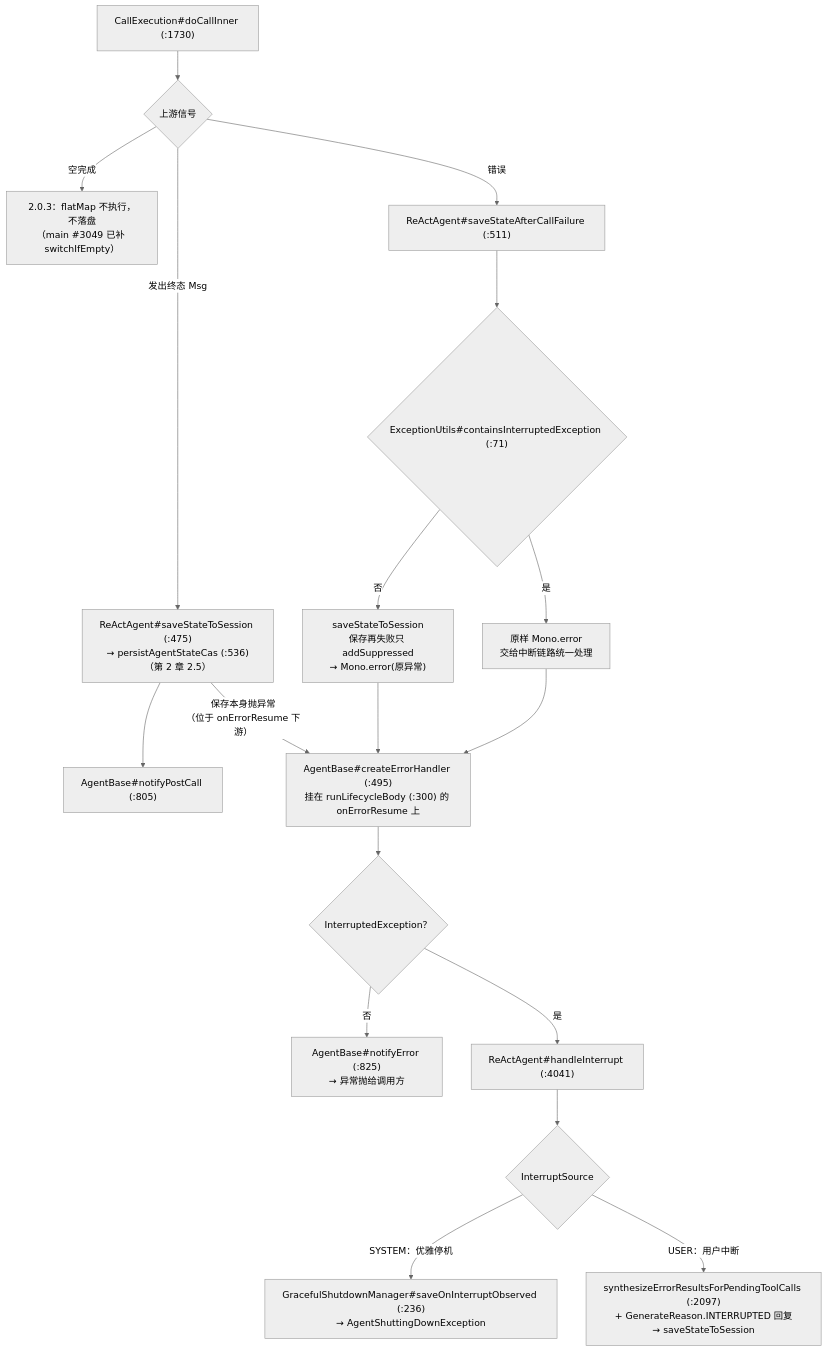
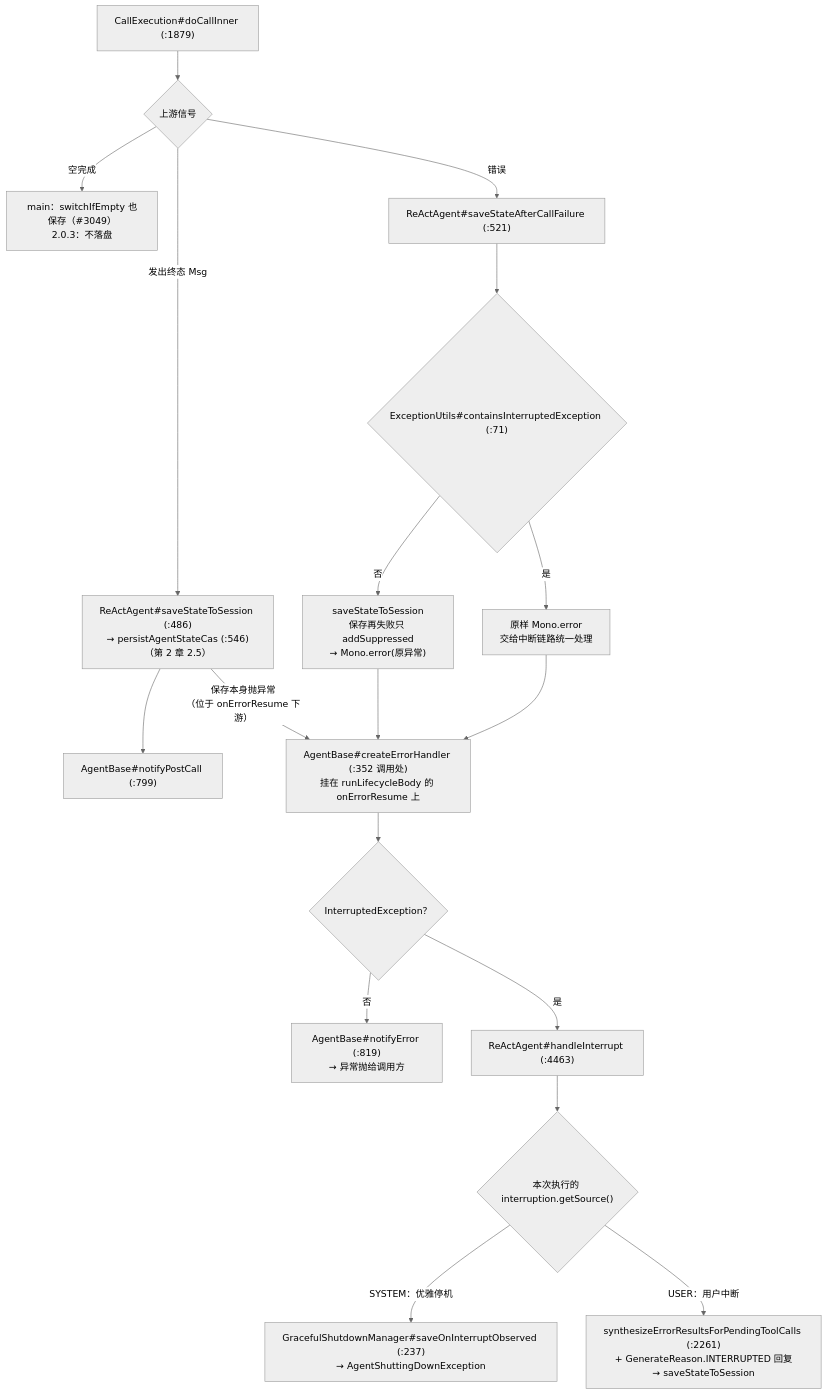
Before and after one commit to liulangjietou/AgentScope-source-analysis: the fifth of 6 diagrams in 03-ReAct主循环.md, drawn with Mermaid (neutral theme). The commit also changed other lines of this file, not shown here.

Commit message:
docs(ch03): sync ReAct main loop to upstream main e9721285

````diff
--- a/03-ReAct主循环.md
+++ b/03-ReAct主循环.md
@@ -260,20 +309,20 @@
 ```mermaid
 flowchart TB
-    DCI["CallExecution#doCallInner (:1730)"] --> SIG{"上游信号"}
-    SIG -->|"发出终态 Msg"| SAVE["ReActAgent#saveStateToSession (:475)<br/>→ persistAgentStateCas (:536)（第 2 章 2.5）"]
-    SIG -->|"空完成"| SKIP["2.0.3：flatMap 不执行，不落盘<br/>（main #3049 已补 switchIfEmpty）"]
-    SIG -->|"错误"| SF["ReActAgent#saveStateAfterCallFailure (:511)"]
+    DCI["CallExecution#doCallInner (:1879)"] --> SIG{"上游信号"}
+    SIG -->|"发出终态 Msg"| SAVE["ReActAgent#saveStateToSession (:486)<br/>→ persistAgentStateCas (:546)（第 2 章 2.5）"]
+    SIG -->|"空完成"| SKIP["main：switchIfEmpty 也保存（#3049）<br/>2.0.3：不落盘"]
+    SIG -->|"错误"| SF["ReActAgent#saveStateAfterCallFailure (:521)"]
     SF --> INT{"ExceptionUtils#containsInterruptedException (:71)"}
     INT -->|"否"| SF2["saveStateToSession<br/>保存再失败只 addSuppressed<br/>→ Mono.error(原异常)"]
     INT -->|"是"| PASS["原样 Mono.error<br/>交给中断链路统一处理"]
-    SAVE --> POST["AgentBase#notifyPostCall (:805)"]
+    SAVE --> POST["AgentBase#notifyPostCall (:799)"]
     SAVE -->|"保存本身抛异常<br/>（位于 onErrorResume 下游）"| EH
-    SF2 --> EH["AgentBase#createErrorHandler (:495)<br/>挂在 runLifecycleBody (:300) 的 onErrorResume 上"]
+    SF2 --> EH["AgentBase#createErrorHandler (:352 调用处)<br/>挂在 runLifecycleBody 的 onErrorResume 上"]
     PASS --> EH
     EH --> IE{"InterruptedException？"}
-    IE -->|"否"| NE["AgentBase#notifyError (:825)<br/>→ 异常抛给调用方"]
-    IE -->|"是"| HI["ReActAgent#handleInterrupt (:4041)"]
-    HI --> SRC{"InterruptSource"}
-    SRC -->|"SYSTEM：优雅停机"| SYS["GracefulShutdownManager#saveOnInterruptObserved (:236)<br/>→ AgentShuttingDownException"]
-    SRC -->|"USER：用户中断"| USR["synthesizeErrorResultsForPendingToolCalls (:2097)<br/>+ GenerateReason.INTERRUPTED 回复<br/>→ saveStateToSession"]
+    IE -->|"否"| NE["AgentBase#notifyError (:819)<br/>→ 异常抛给调用方"]
+    IE -->|"是"| HI["ReActAgent#handleInterrupt (:4463)"]
+    HI --> SRC{"本次执行的 interruption.getSource()"}
+    SRC -->|"SYSTEM：优雅停机"| SYS["GracefulShutdownManager#saveOnInterruptObserved (:237)<br/>→ AgentShuttingDownException"]
+    SRC -->|"USER：用户中断"| USR["synthesizeErrorResultsForPendingToolCalls (:2261)<br/>+ GenerateReason.INTERRUPTED 回复<br/>→ saveStateToSession"]
 ```
````
